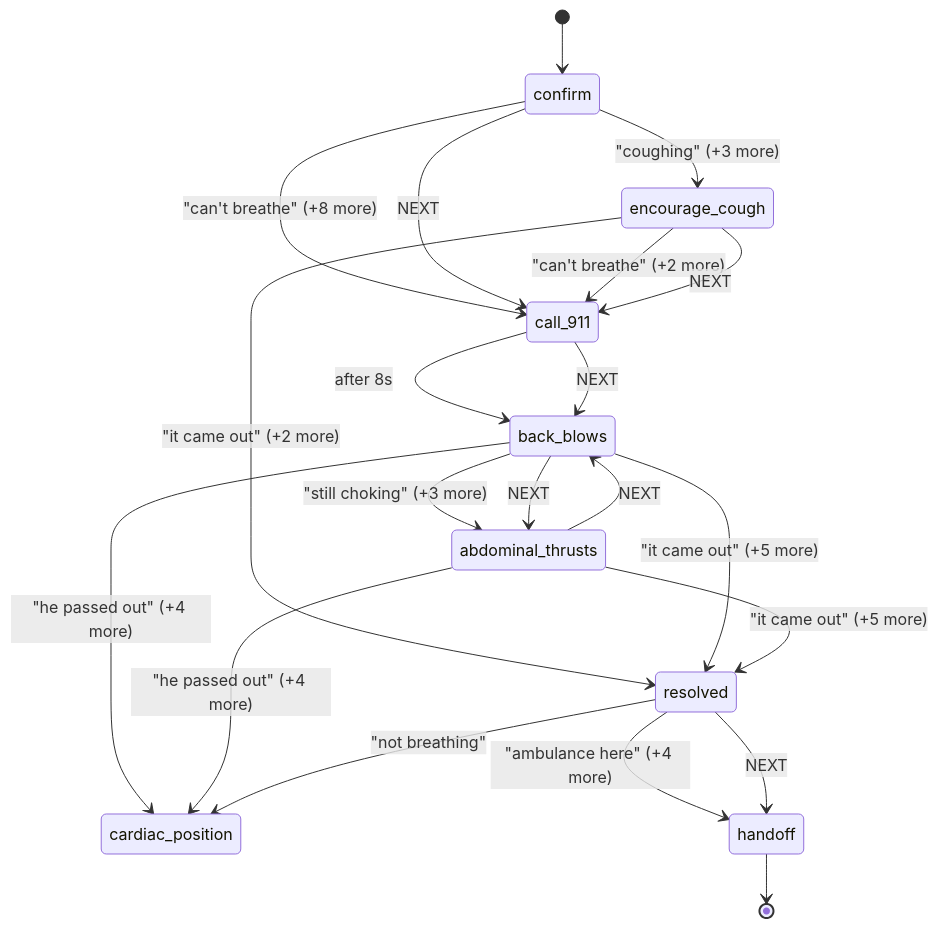
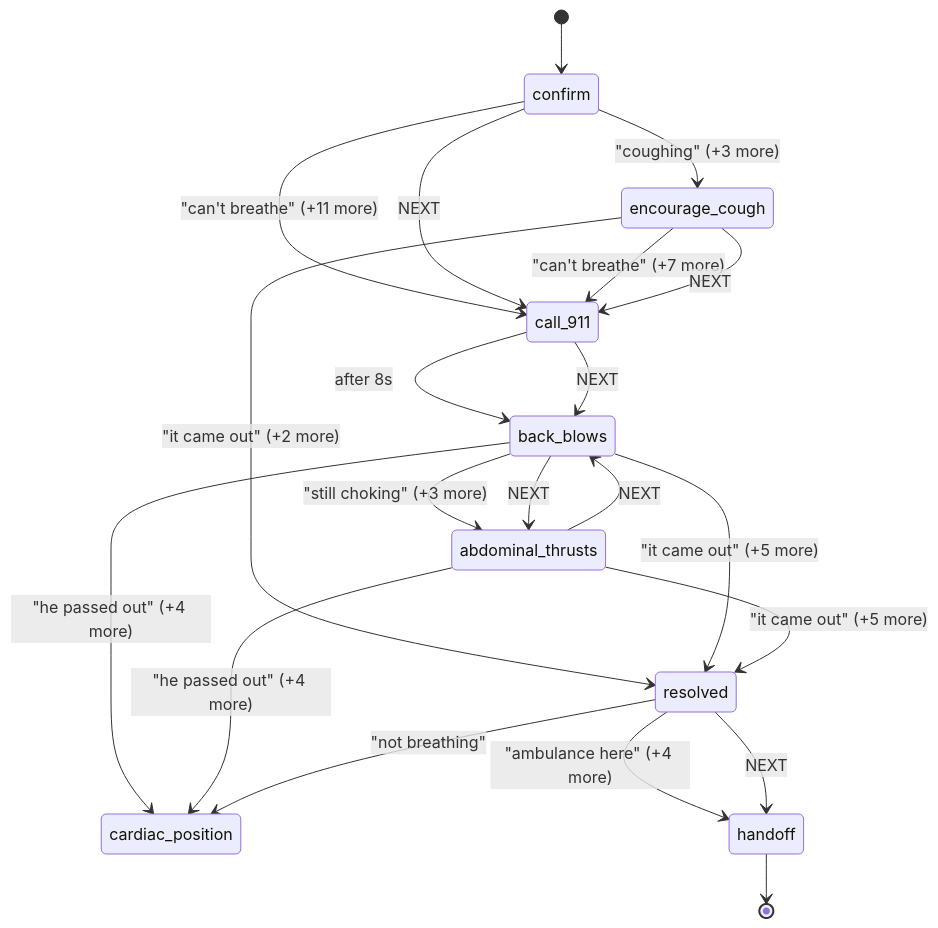
One commit to israelo19/mayday changed the fourth of 4 diagrams in docs/protocol-diagrams.md. Above: the diagram before and after it, drawn with Mermaid. The commit also changed other lines of this file and 20 other files, not shown here.

````diff
--- a/docs/protocol-diagrams.md
+++ b/docs/protocol-diagrams.md
@@ -82,30 +82,30 @@
 ```mermaid
 stateDiagram-v2
     [*] --> choking_confirm
     choking_confirm: confirm
-    choking_confirm --> choking_call_911: "can't breathe" (+8 more)
+    choking_confirm --> choking_call_911: "can't breathe" (+11 more)
     choking_confirm --> choking_encourage_cough: "coughing" (+3 more)
     choking_confirm --> choking_call_911: NEXT
     choking_call_911: call_911
     choking_call_911 --> choking_back_blows: after 8s
     choking_call_911 --> choking_back_blows: NEXT
     choking_encourage_cough: encourage_cough
-    choking_encourage_cough --> choking_call_911: "can't breathe" (+2 more)
+    choking_encourage_cough --> choking_call_911: "can't breathe" (+7 more)
     choking_encourage_cough --> choking_resolved: "it came out" (+2 more)
     choking_encourage_cough --> choking_call_911: NEXT
     choking_back_blows: back_blows
     choking_back_blows --> choking_abdominal_thrusts: "still choking" (+3 more)
     choking_back_blows --> choking_resolved: "it came out" (+5 more)
     choking_back_blows --> cardiac_position: "he passed out" (+4 more)
     choking_back_blows --> choking_abdominal_thrusts: NEXT
     choking_abdominal_thrusts: abdominal_thrusts
     choking_abdominal_thrusts --> choking_resolved: "it came out" (+5 more)
     choking_abdominal_thrusts --> cardiac_position: "he passed out" (+4 more)
     choking_abdominal_thrusts --> choking_back_blows: NEXT
     choking_resolved: resolved
     choking_resolved --> cardiac_position: "not breathing"
     choking_resolved --> choking_handoff: "ambulance here" (+4 more)
     choking_resolved --> choking_handoff: NEXT
     choking_handoff: handoff
     choking_handoff --> [*]
 ```
````
